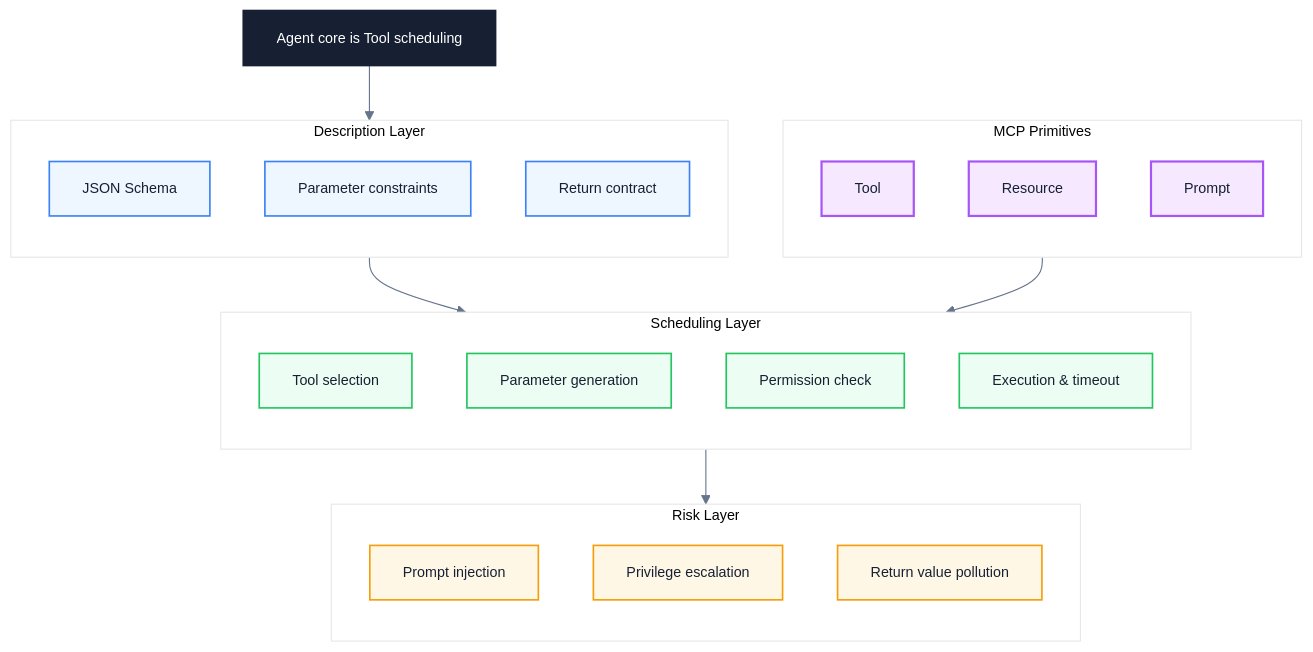
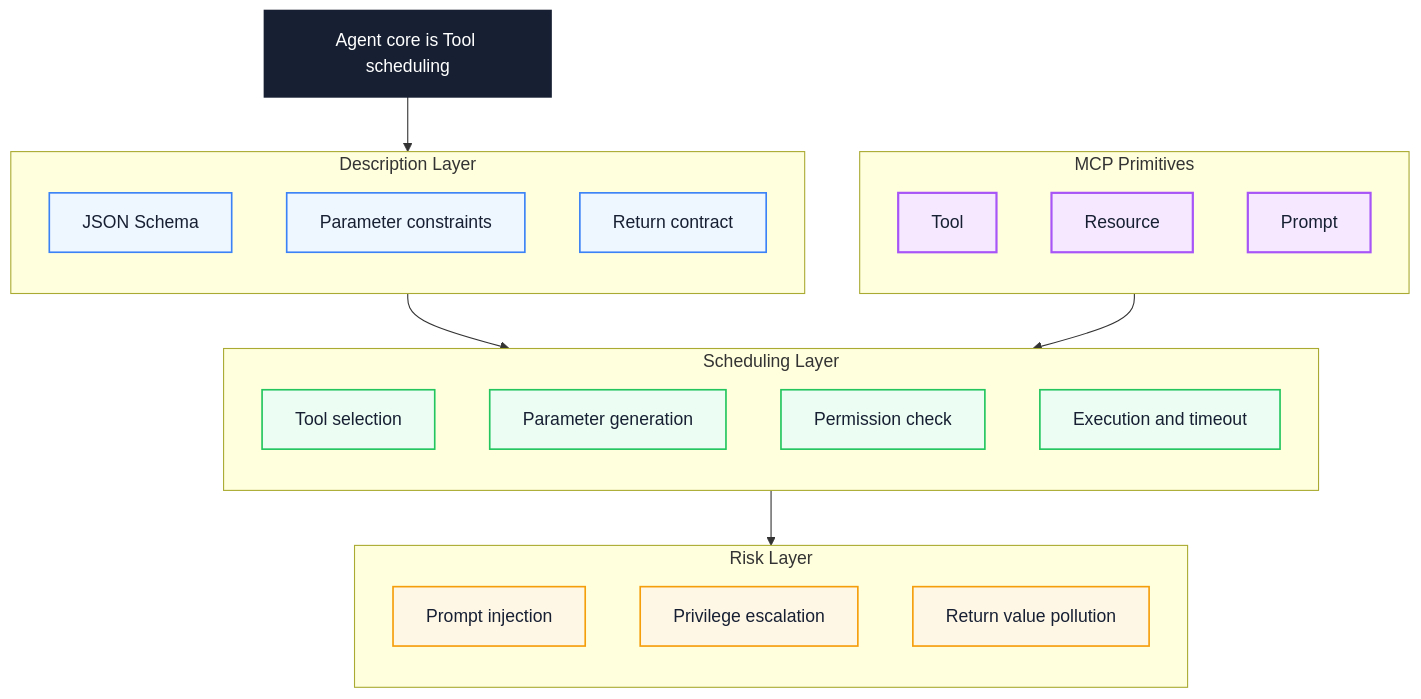
One commit to Fatejian/frontier-vault changed the fourth of 6 diagrams in docs/en/ai/agent-engineering-learning-path.md. Above: the diagram before and after it, drawn with Mermaid. The commit also changed other lines of this file and 41 other files, not shown here.

````diff
--- a/docs/en/ai/agent-engineering-learning-path.md
+++ b/docs/en/ai/agent-engineering-learning-path.md
@@ -339,51 +435,50 @@
 ```mermaid
-%%{init: {'theme': 'base', 'themeVariables': {'fontFamily': 'Inter, PingFang SC, Microsoft YaHei, sans-serif', 'primaryColor': '#F8FAFC', 'primaryTextColor': '#172033', 'primaryBorderColor': '#CBD5E1', 'lineColor': '#64748B', 'fontSize': '13px'}}}%%
 flowchart TB
     Core["Agent core is Tool scheduling"]
 
     subgraph Schema["Description Layer"]
         direction TB
         SC1["JSON Schema"]
         SC2["Parameter constraints"]
         SC3["Return contract"]
     end
 
     subgraph Runtime["Scheduling Layer"]
         direction TB
         RT1["Tool selection"]
         RT2["Parameter generation"]
         RT3["Permission check"]
-        RT4["Execution & timeout"]
+        RT4["Execution and timeout"]
     end
 
     subgraph MCP["MCP Primitives"]
         direction TB
         M1["Tool"]
         M2["Resource"]
         M3["Prompt"]
     end
 
     subgraph Risk["Risk Layer"]
         direction TB
         R1["Prompt injection"]
         R2["Privilege escalation"]
         R3["Return value pollution"]
     end
 
     Core --> Schema
     Schema --> Runtime
     MCP --> Runtime
     Runtime --> Risk
 
     classDef core fill:#172033,color:#fff,stroke:#172033,stroke-width:2px;
     classDef wait fill:#EEF6FF,stroke:#3B82F6,color:#172033,stroke-width:1.5px;
     classDef block fill:#FFF7E6,stroke:#F59E0B,color:#172033,stroke-width:1.5px;
     classDef work fill:#ECFDF3,stroke:#22C55E,color:#172033,stroke-width:1.5px;
     classDef metric fill:#F5E8FF,stroke:#A855F7,color:#172033,stroke-width:2px;
 
     class Core core;
     class SC1,SC2,SC3 wait;
     class RT1,RT2,RT3,RT4 work;
     class M1,M2,M3 metric;
     class R1,R2,R3 block;
 ```
````
